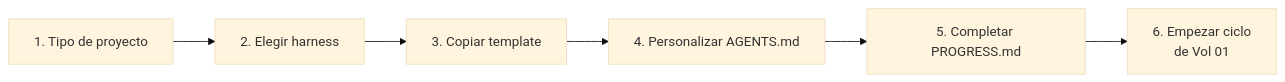
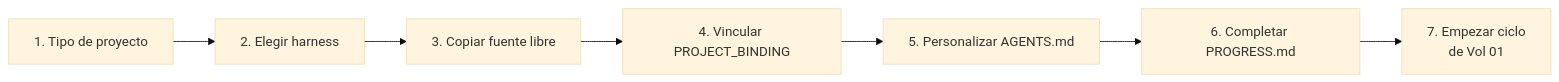
One commit to HebrineX/Hebri-AI-Structure changed the diagram in biblia/vol-07-harness.md. Above: the diagram before and after it, drawn with Mermaid (base theme). The commit also changed other lines of this file and 16 other files, not shown here.

````diff
--- a/biblia/vol-07-harness.md
+++ b/biblia/vol-07-harness.md
@@ -97,8 +102,9 @@
 ```mermaid
 flowchart LR
     A[1. Tipo de proyecto] --> B[2. Elegir harness]
-    B --> C[3. Copiar template]
-    C --> D[4. Personalizar AGENTS.md]
-    D --> E[5. Completar PROGRESS.md]
-    E --> F[6. Empezar ciclo<br/>de Vol 01]
+    B --> C[3. Copiar fuente libre]
+    C --> D[4. Vincular PROJECT_BINDING]
+    D --> E[5. Personalizar AGENTS.md]
+    E --> F[6. Completar PROGRESS.md]
+    F --> G[7. Empezar ciclo<br/>de Vol 01]
 ```
````
